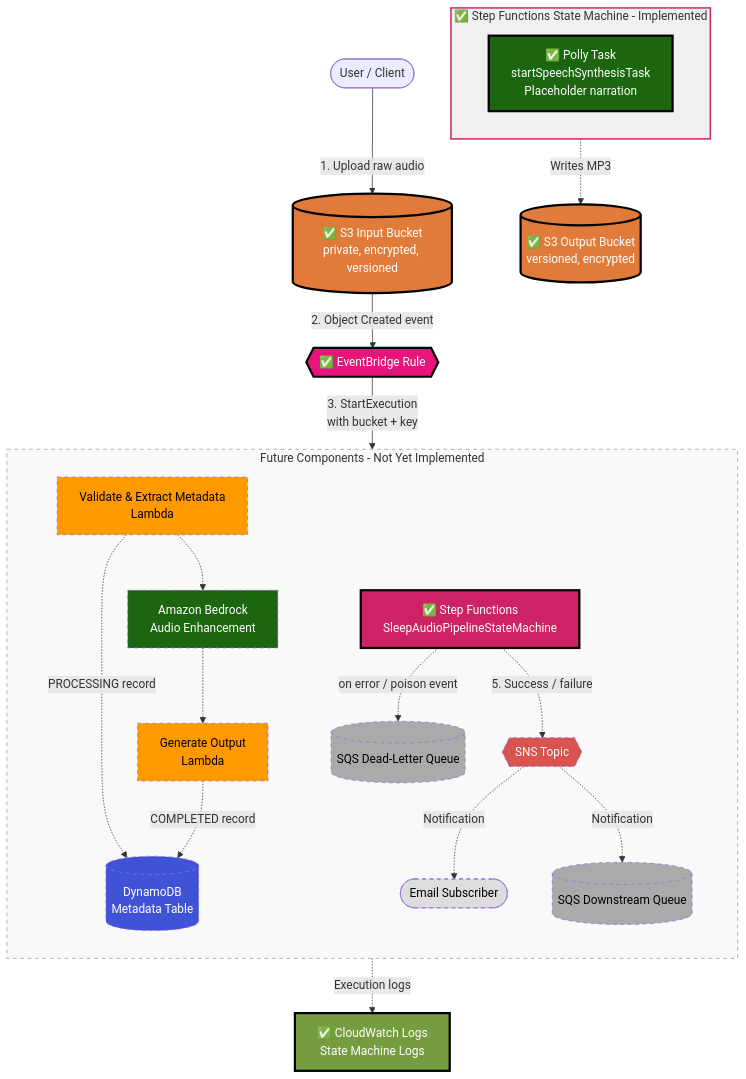
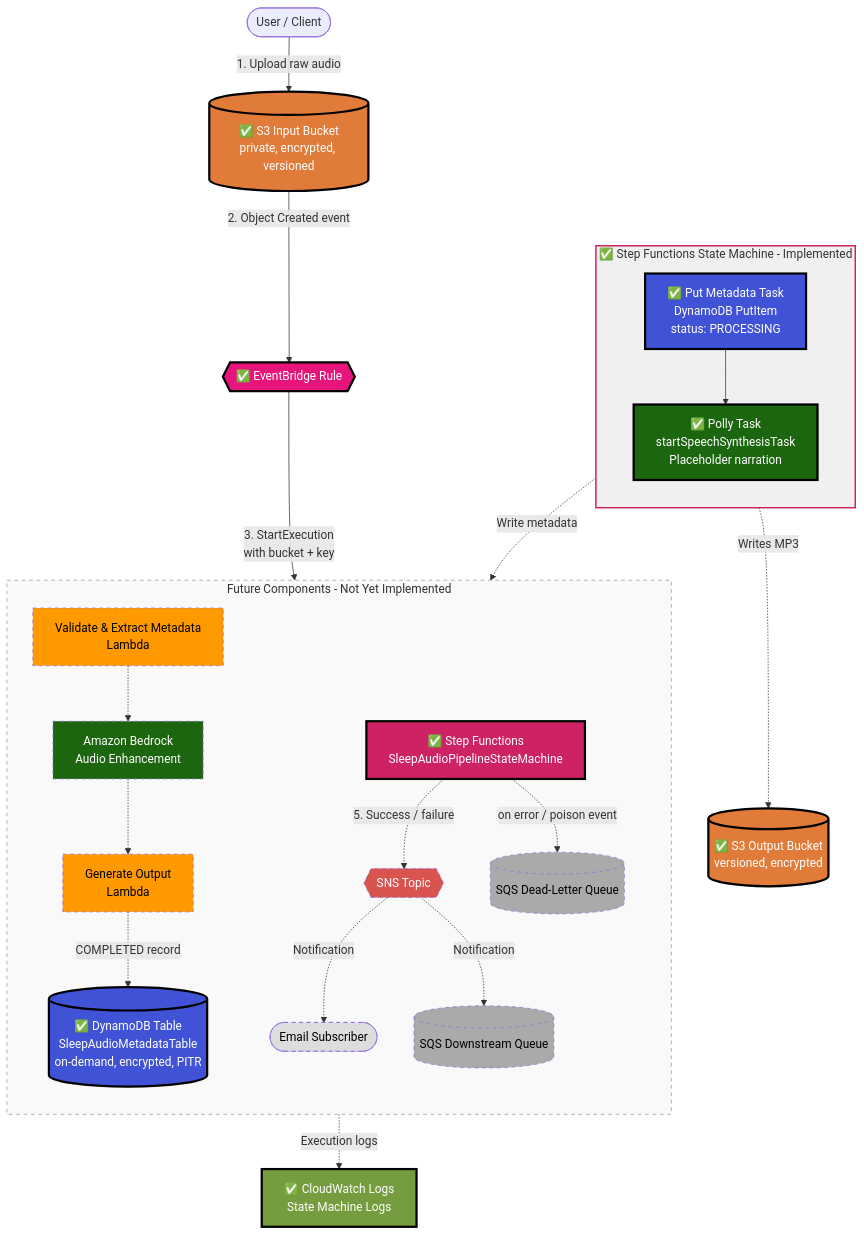
The diagram in ARCHITECTURE.md (obstreperous-ai/cdk-sleep-ts-copilot), drawn with Mermaid before and after one commit. The commit also changed other lines of this file, not shown here.

First line of the commit message:
docs: update ARCHITECTURE.md with DynamoDB integration

````diff
--- a/ARCHITECTURE.md
+++ b/ARCHITECTURE.md
@@ -159,44 +171,46 @@
 ```mermaid
 flowchart TD
     U([User / Client]) -->|1. Upload raw audio| S3in[(✅ S3 Input Bucket<br/>private, encrypted, versioned)]
 
     S3in -->|2. Object Created event| EB{{✅ EventBridge Rule}}
     EB -->|3. StartExecution<br/>with bucket + key| SFN[✅ Step Functions<br/>SleepAudioPipelineStateMachine]
 
     subgraph SFN_Detail [✅ Step Functions State Machine - Implemented]
         direction TB
-        POLLY[✅ Polly Task<br/>startSpeechSynthesisTask<br/>Placeholder narration]
+        PUTMETA[✅ Put Metadata Task<br/>DynamoDB PutItem<br/>status: PROCESSING]
+        PUTMETA --> POLLY[✅ Polly Task<br/>startSpeechSynthesisTask<br/>Placeholder narration]
     end
 
+    PUTMETA -.->|Write metadata| DDB[(✅ DynamoDB Table<br/>SleepAudioMetadataTable<br/>on-demand, encrypted, PITR)]
     POLLY -.->|Writes MP3| S3out[(✅ S3 Output Bucket<br/>versioned, encrypted)]
     SFN -.->|Execution logs| CWLOGS[✅ CloudWatch Logs<br/>State Machine Logs]
 
     subgraph Future [Future Components - Not Yet Implemented]
         direction TB
         V[Validate & Extract Metadata<br/>Lambda] -.-> BED[Amazon Bedrock<br/>Audio Enhancement]
         BED -.-> OUT[Generate Output<br/>Lambda]
-        V -.->|PROCESSING record| DDB[(DynamoDB<br/>Metadata Table)]
         OUT -.->|COMPLETED record| DDB
         SFN -.->|5. Success / failure| SNS{{SNS Topic}}
         SFN -.->|on error / poison event| DLQ[(SQS Dead-Letter Queue)]
         SNS -.->|Notification| Email([Email Subscriber])
         SNS -.->|Notification| SQSdown[(SQS Downstream Queue)]
     end
 
     style S3in fill:#e07b39,color:#fff,stroke:#000,stroke-width:3px
     style S3out fill:#e07b39,color:#fff,stroke:#000,stroke-width:3px
     style EB fill:#e7157b,color:#fff,stroke:#000,stroke-width:3px
     style SFN fill:#cd2264,color:#fff,stroke:#000,stroke-width:3px
+    style PUTMETA fill:#4053d6,color:#fff,stroke:#000,stroke-width:3px
     style POLLY fill:#1b660f,color:#fff,stroke:#000,stroke-width:3px
+    style DDB fill:#4053d6,color:#fff,stroke:#000,stroke-width:3px
     style CWLOGS fill:#759c3e,color:#fff,stroke:#000,stroke-width:3px
     style SFN_Detail fill:#f0f0f0,stroke:#cd2264,stroke-width:2px
     style Future fill:#f9f9f9,stroke:#999,stroke-width:1px,stroke-dasharray: 5 5
     style V fill:#f90,color:#000,stroke-dasharray: 5 5
     style OUT fill:#f90,color:#000,stroke-dasharray: 5 5
     style BED fill:#1b660f,color:#fff,stroke-dasharray: 5 5
-    style DDB fill:#4053d6,color:#fff,stroke-dasharray: 5 5
     style SNS fill:#d9534f,color:#fff,stroke-dasharray: 5 5
     style DLQ fill:#aaa,color:#000,stroke-dasharray: 5 5
     style SQSdown fill:#aaa,color:#000,stroke-dasharray: 5 5
     style Email fill:#ddd,color:#000,stroke-dasharray: 5 5
 ```
````
